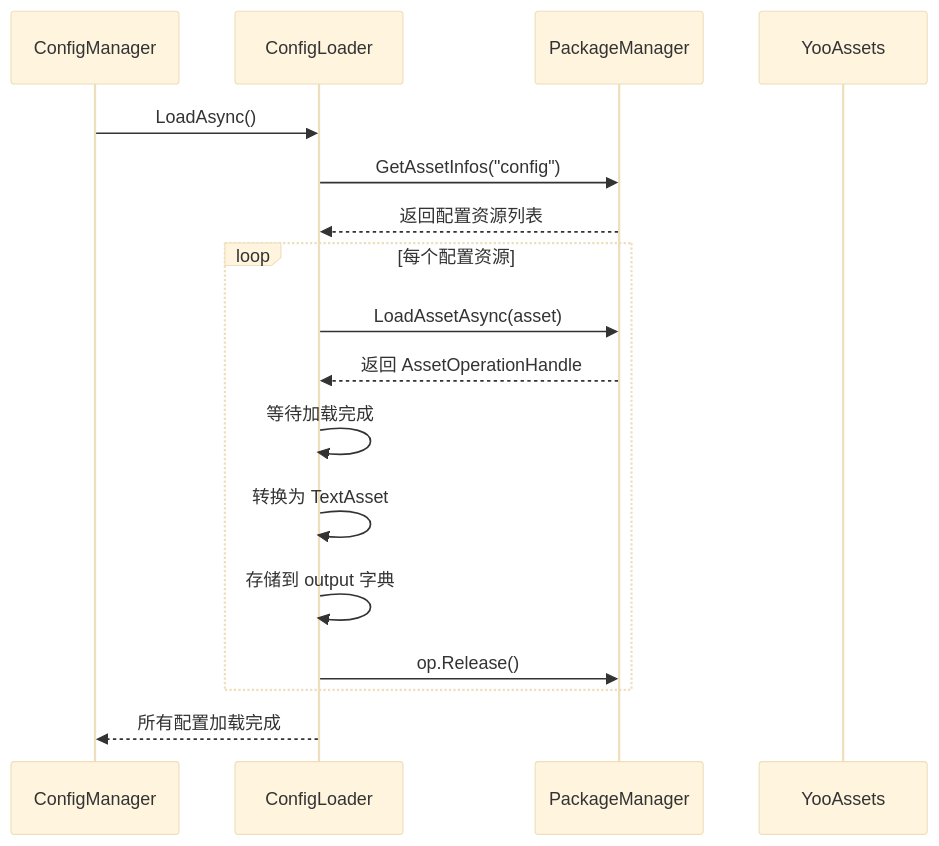
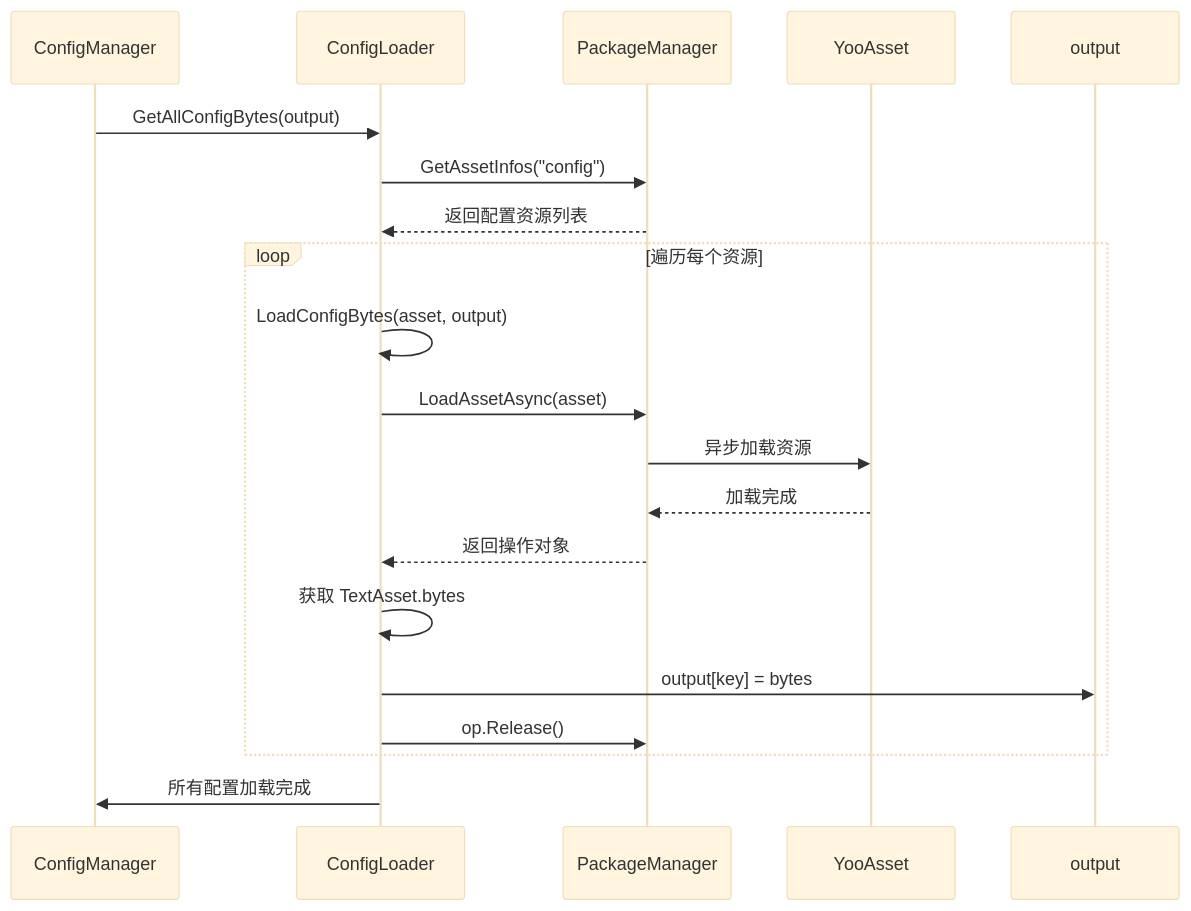
Before and after one commit to acsta/Container: the first of 3 diagrams in Assets/Scripts/Code/Module/Config/ConfigLoader.cs.md, drawn with Mermaid (base theme). The commit also changed other lines of this file and 9 other files, not shown here.

````diff
--- a/Assets/Scripts/Code/Module/Config/ConfigLoader.cs.md
+++ b/Assets/Scripts/Code/Module/Config/ConfigLoader.cs.md
@@ -127,22 +140,24 @@
 ```mermaid
 sequenceDiagram
     participant CM as ConfigManager
     participant CL as ConfigLoader
     participant PM as PackageManager
-    participant YA as YooAssets
-    
-    CM->>CL: LoadAsync()
+    participant YA as YooAsset
+
+    CM->>CL: GetAllConfigBytes(output)
     CL->>PM: GetAssetInfos("config")
     PM-->>CL: 返回配置资源列表
     
-    loop 每个配置资源
+    loop 遍历每个资源
+        CL->>CL: LoadConfigBytes(asset, output)
         CL->>PM: LoadAssetAsync(asset)
-        PM-->>CL: 返回 AssetOperationHandle
-        CL->>CL: 等待加载完成
-        CL->>CL: 转换为 TextAsset
-        CL->>CL: 存储到 output 字典
+        PM->>YA: 异步加载资源
+        YA-->>PM: 加载完成
+        PM-->>CL: 返回操作对象
+        CL->>CL: 获取 TextAsset.bytes
+        CL->>output: output[key] = bytes
         CL->>PM: op.Release()
     end
     
-    CL-->>CM: 所有配置加载完成
+    CL->>CM: 所有配置加载完成
 ```
````
